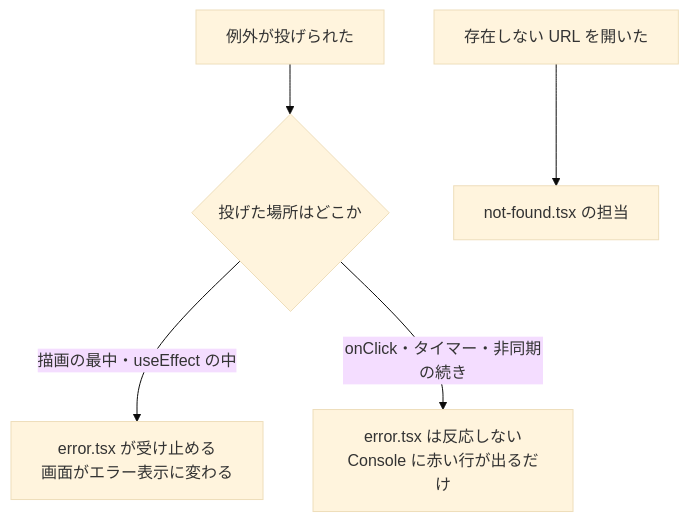
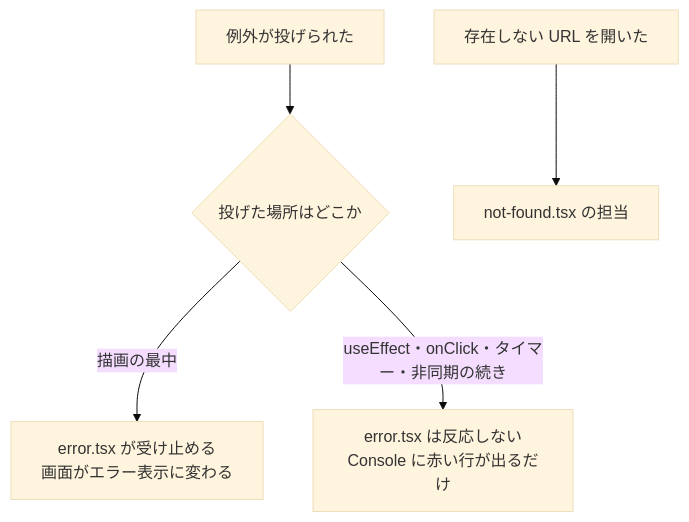
The second of 2 diagrams in material/30days-curriculum/day26_エラーページを作って、バグを退治しよう.md (kouiso/task-app), drawn with Mermaid (base theme) before and after one commit. The commit also changed other lines of this file and 54 other files, not shown here.

````diff
--- a/material/30days-curriculum/day26_エラーページを作って、バグを退治しよう.md
+++ b/material/30days-curriculum/day26_エラーページを作って、バグを退治しよう.md
@@ -212,7 +212,7 @@
 ```mermaid
 flowchart TB
     E["例外が投げられた"] --> Q{"投げた場所はどこか"}
-    Q -->|"描画の最中・useEffect の中"| A["error.tsx が受け止める<br/>画面がエラー表示に変わる"]
-    Q -->|"onClick・タイマー・非同期の続き"| B["error.tsx は反応しない<br/>Console に赤い行が出るだけ"]
+    Q -->|"描画の最中"| A["error.tsx が受け止める<br/>画面がエラー表示に変わる"]
+    Q -->|"useEffect・onClick・タイマー・非同期の続き"| B["error.tsx は反応しない<br/>Console に赤い行が出るだけ"]
     N["存在しない URL を開いた"] --> C["not-found.tsx の担当"]
 ```
````
